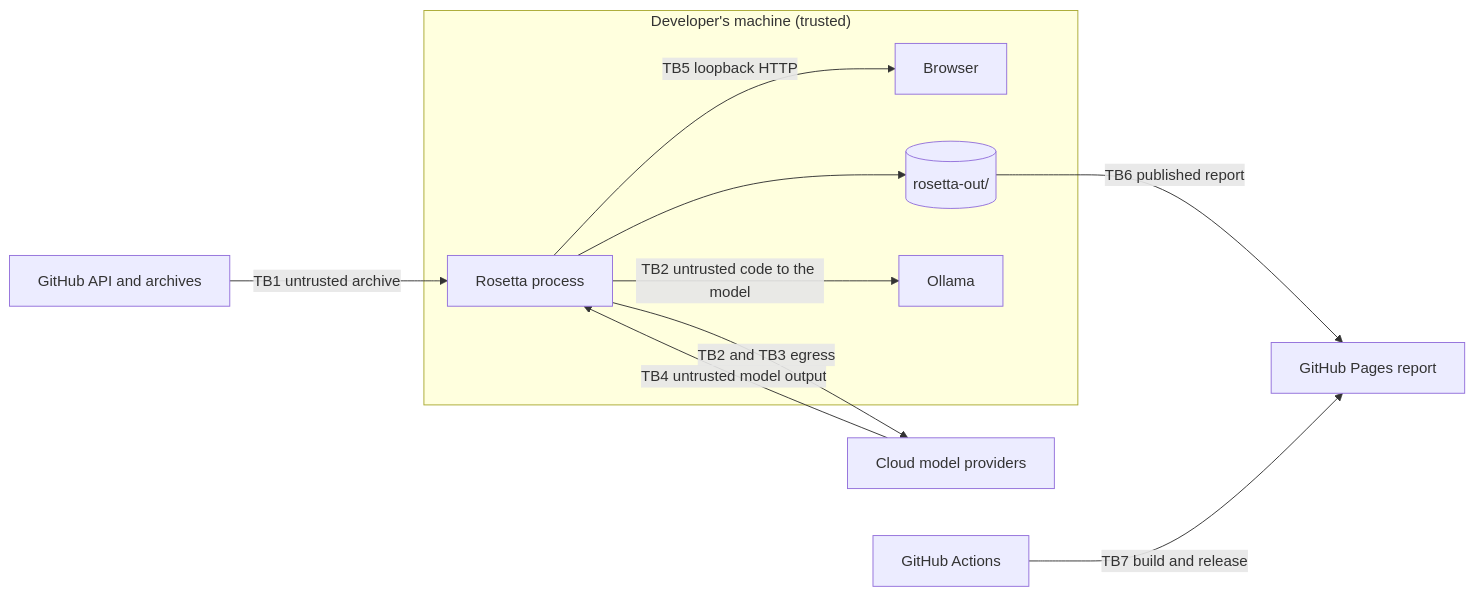
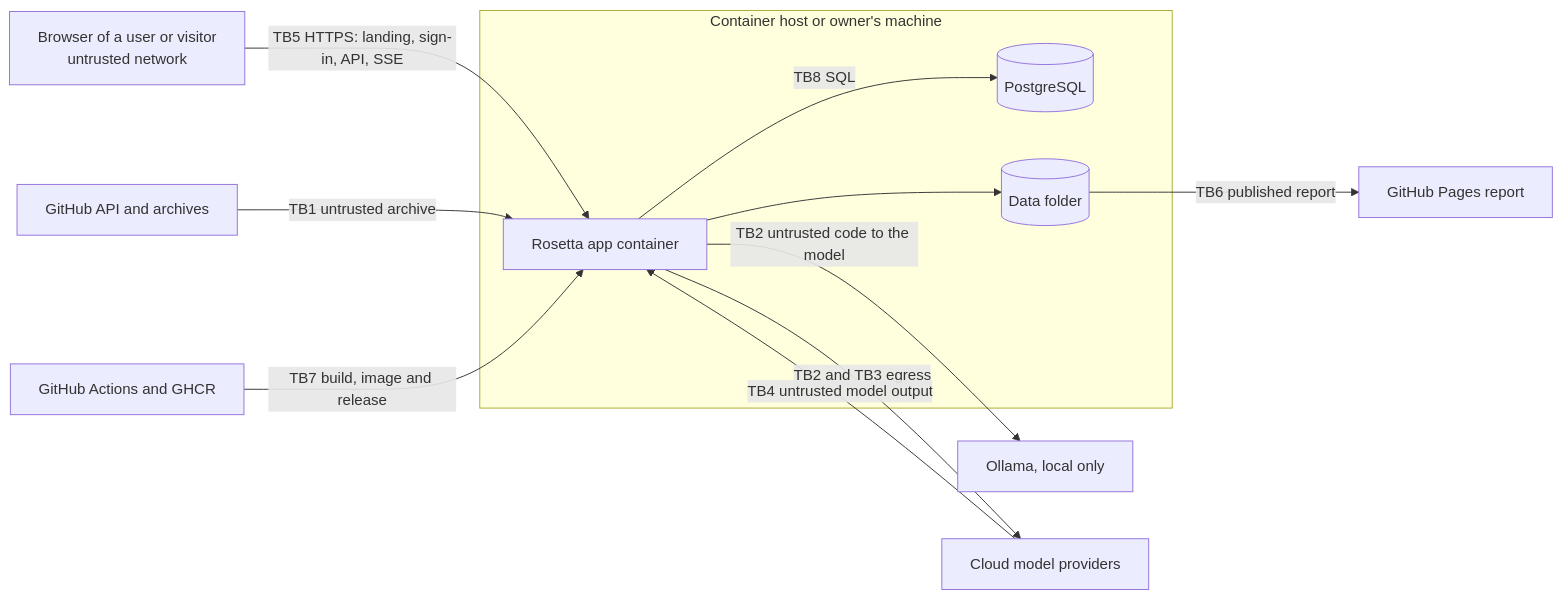
One commit to blacklight0101/Rosetta changed the diagram in docs/security/threat-model.md. Above: the diagram before and after it, drawn with Mermaid. The commit also changed other lines of this file and 23 other files, not shown here.

````diff
--- a/docs/security/threat-model.md
+++ b/docs/security/threat-model.md
@@ -19,21 +21,23 @@
 ```mermaid
 flowchart LR
-  subgraph Machine["Developer's machine (trusted)"]
-    B[Browser]
-    R[Rosetta process]
-    O[(rosetta-out/)]
-    OL[Ollama]
+  U[Browser of a user or visitor<br/>untrusted network]
+  subgraph Host["Container host or owner's machine"]
+    R[Rosetta app container]
+    DB[(PostgreSQL)]
+    D[(Data folder)]
   end
+  OL[Ollama, local only]
   GH[GitHub API and archives]
   P[Cloud model providers]
   PG[GitHub Pages report]
-  CI[GitHub Actions]
+  CI[GitHub Actions and GHCR]
+  U -- "TB5 HTTPS: landing, sign-in, API, SSE" --> R
   GH -- "TB1 untrusted archive" --> R
   R -- "TB2 untrusted code to the model" --> OL
   R -- "TB2 and TB3 egress" --> P
   P -- "TB4 untrusted model output" --> R
-  R -- "TB5 loopback HTTP" --> B
-  R --> O
-  O -- "TB6 published report" --> PG
-  CI -- "TB7 build and release" --> PG
+  R -- "TB8 SQL" --> DB
+  R --> D
+  D -- "TB6 published report" --> PG
+  CI -- "TB7 build, image and release" --> R
 ```
````
